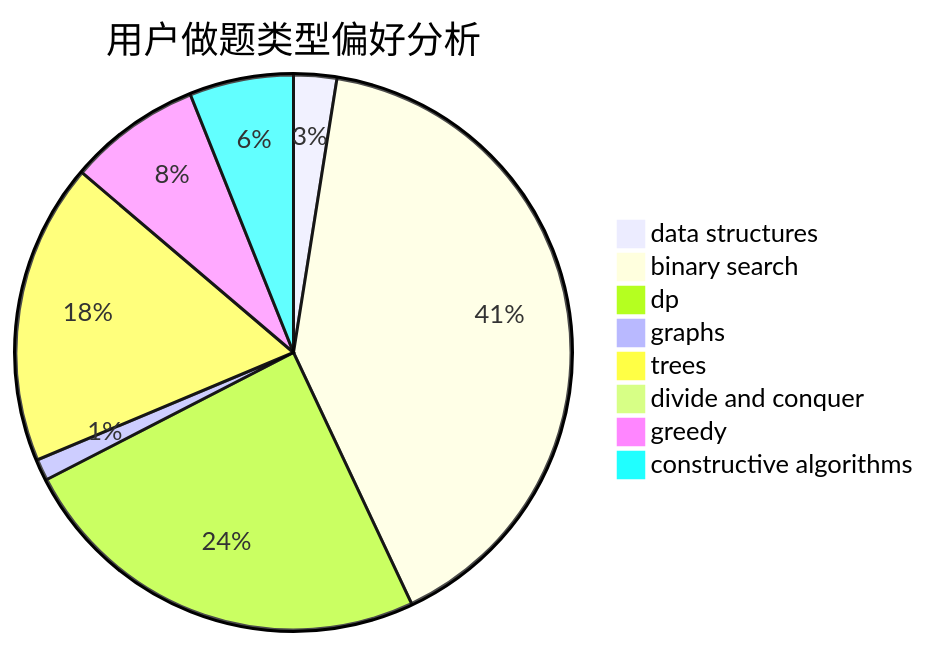
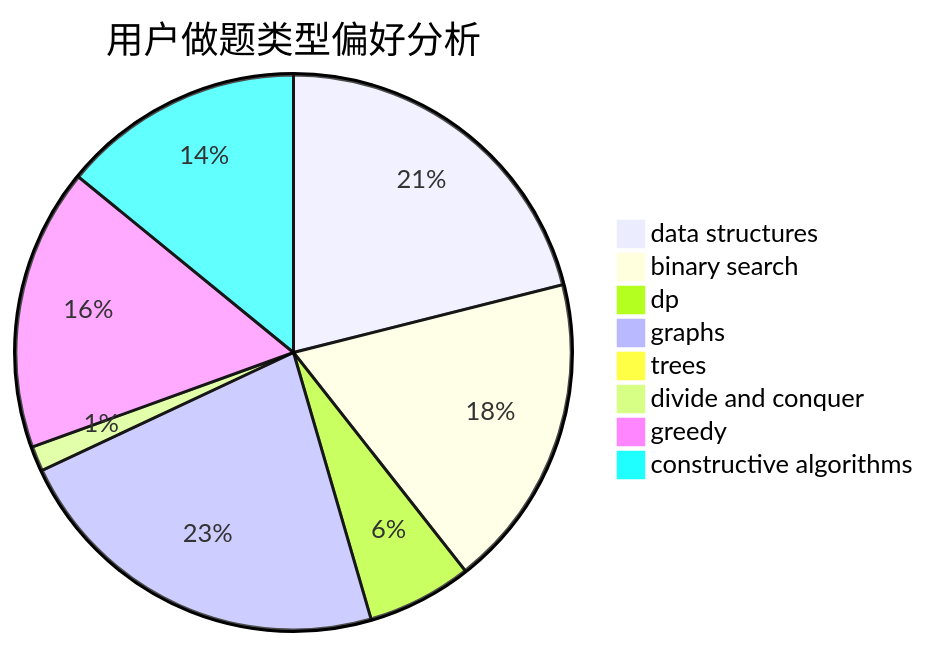
One commit to sherpahu/cfrs.github.io changed the second of 3 diagrams in docs/user/u2124.md. Above: the diagram before and after it, drawn with Mermaid. The commit also changed other lines of this file and 2770 other files, not shown here.

````diff
--- a/docs/user/u2124.md
+++ b/docs/user/u2124.md
@@ -23,11 +23,11 @@
 ```mermaid
 pie title 用户做题类型偏好分析
-    "data structures" :  12
-    "binary search" :  194
-    "dp" :  117
-    "graphs" :  6
-    "trees" :  84
-    "divide and conquer" :  0
-    "greedy" :  37
-    "constructive algorithms" :  29
+    "data structures" :  145
+    "binary search" :  126
+    "dp" :  42
+    "graphs" :  155
+    "trees" :  0
+    "divide and conquer" :  10
+    "greedy" :  113
+    "constructive algorithms" :  97
 ```
````
